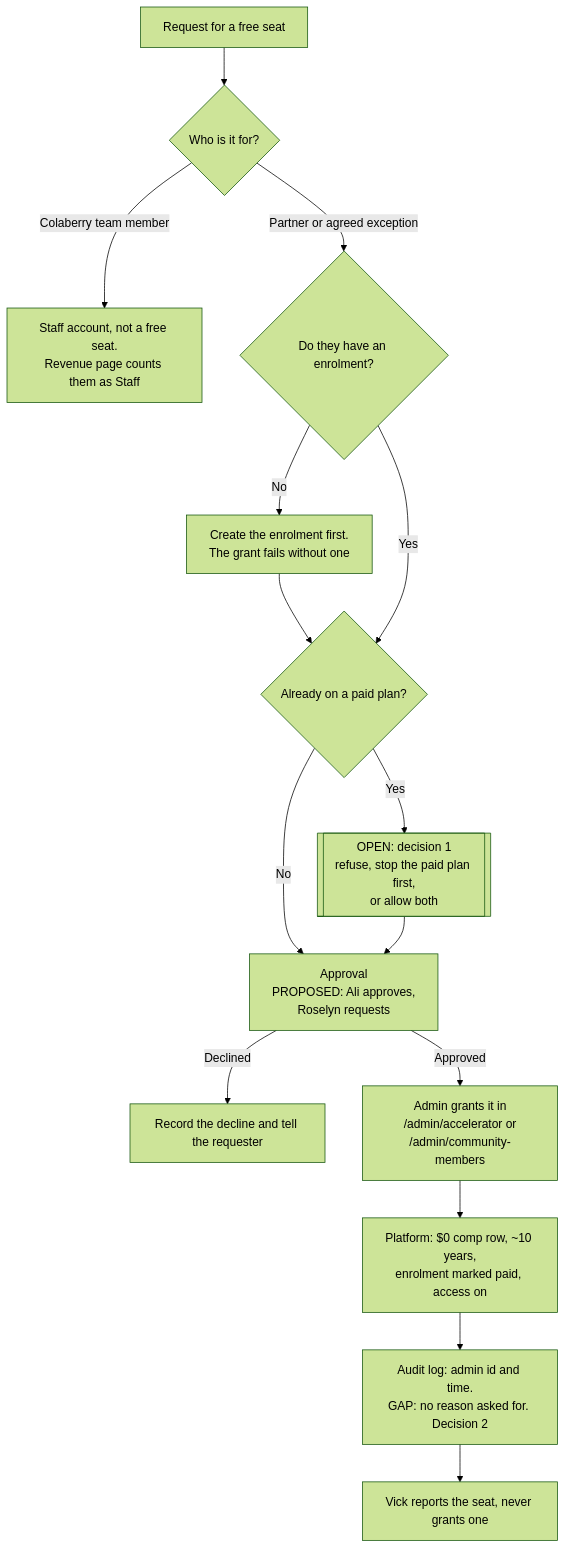
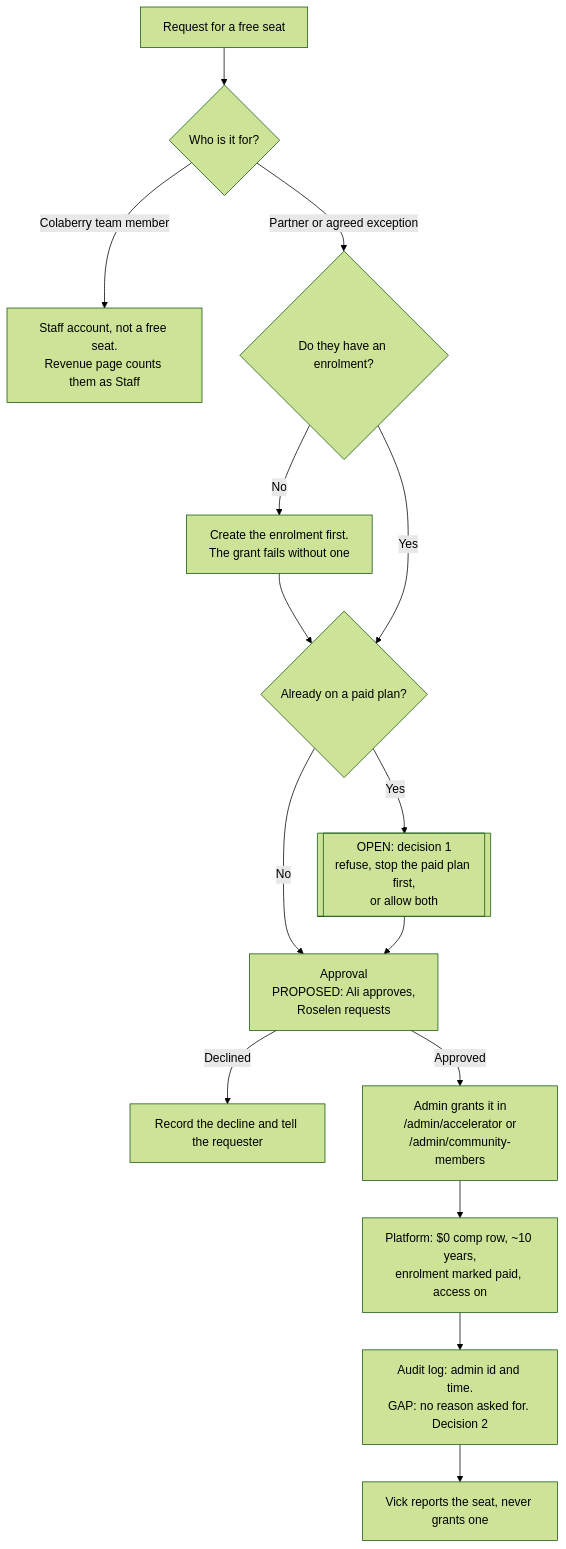
One commit to vessette/Simple changed the first of 2 diagrams in capabilities/comped-seat/COMP_DECISION_FLOW.md. Above: the diagram before and after it, drawn with Mermaid (forest theme). The commit also changed other lines of this file and 42 other files, not shown here.

````diff
--- a/capabilities/comped-seat/COMP_DECISION_FLOW.md
+++ b/capabilities/comped-seat/COMP_DECISION_FLOW.md
@@ -10,17 +10,17 @@
 ```mermaid
 flowchart TD
     A[Request for a free seat] --> B{Who is it for?}
     B -->|Colaberry team member| S[Staff account, not a free seat.<br/>Revenue page counts them as Staff]
     B -->|Partner or agreed exception| C{Do they have an enrolment?}
     C -->|No| C1[Create the enrolment first.<br/>The grant fails without one]
     C1 --> D
     C -->|Yes| D{Already on a paid plan?}
     D -->|Yes| OPEN1[[OPEN: decision 1<br/>refuse, stop the paid plan first,<br/>or allow both]]
-    D -->|No| E[Approval<br/>PROPOSED: Ali approves,<br/>Roselyn requests]
+    D -->|No| E[Approval<br/>PROPOSED: Ali approves,<br/>Roselen requests]
     OPEN1 --> E
     E -->|Declined| X[Record the decline and tell the requester]
     E -->|Approved| F[Admin grants it in<br/>/admin/accelerator or<br/>/admin/community-members]
     F --> G[Platform: $0 comp row, ~10 years,<br/>enrolment marked paid, access on]
     G --> H[Audit log: admin id and time.<br/>GAP: no reason asked for. Decision 2]
     H --> V[Vick reports the seat, never grants one]
 ```
````
